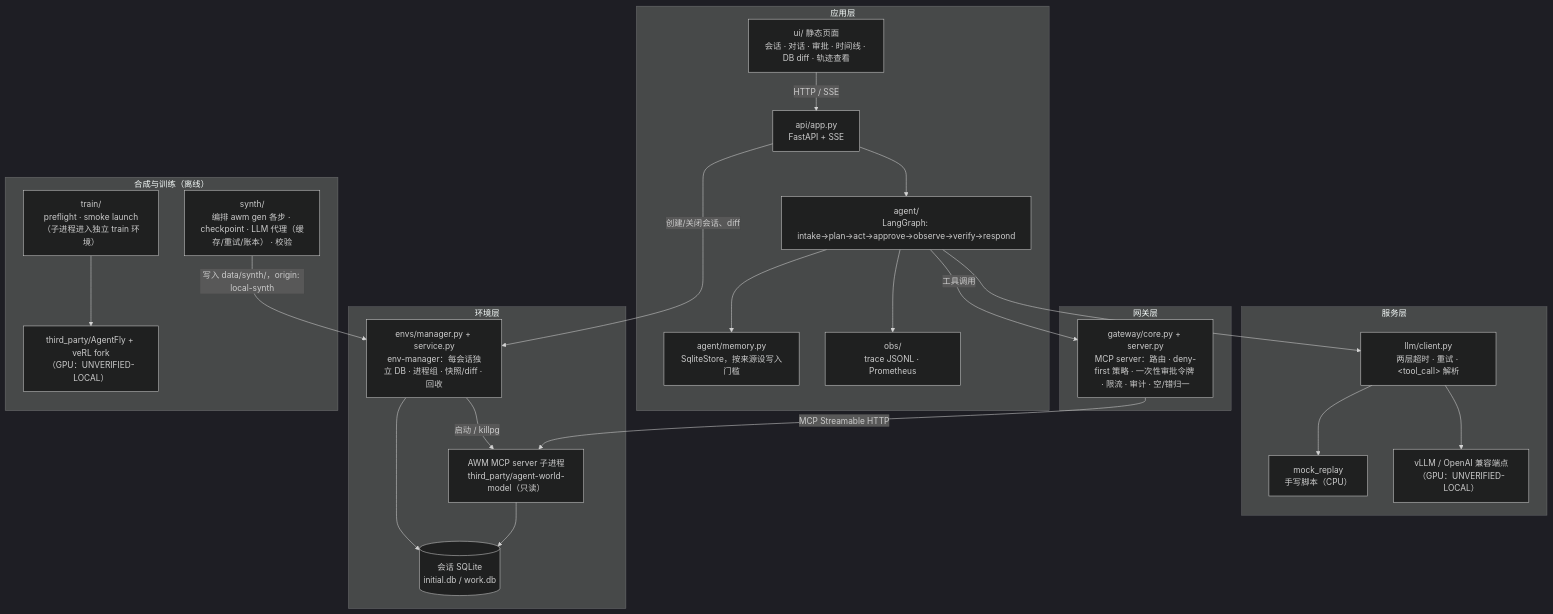
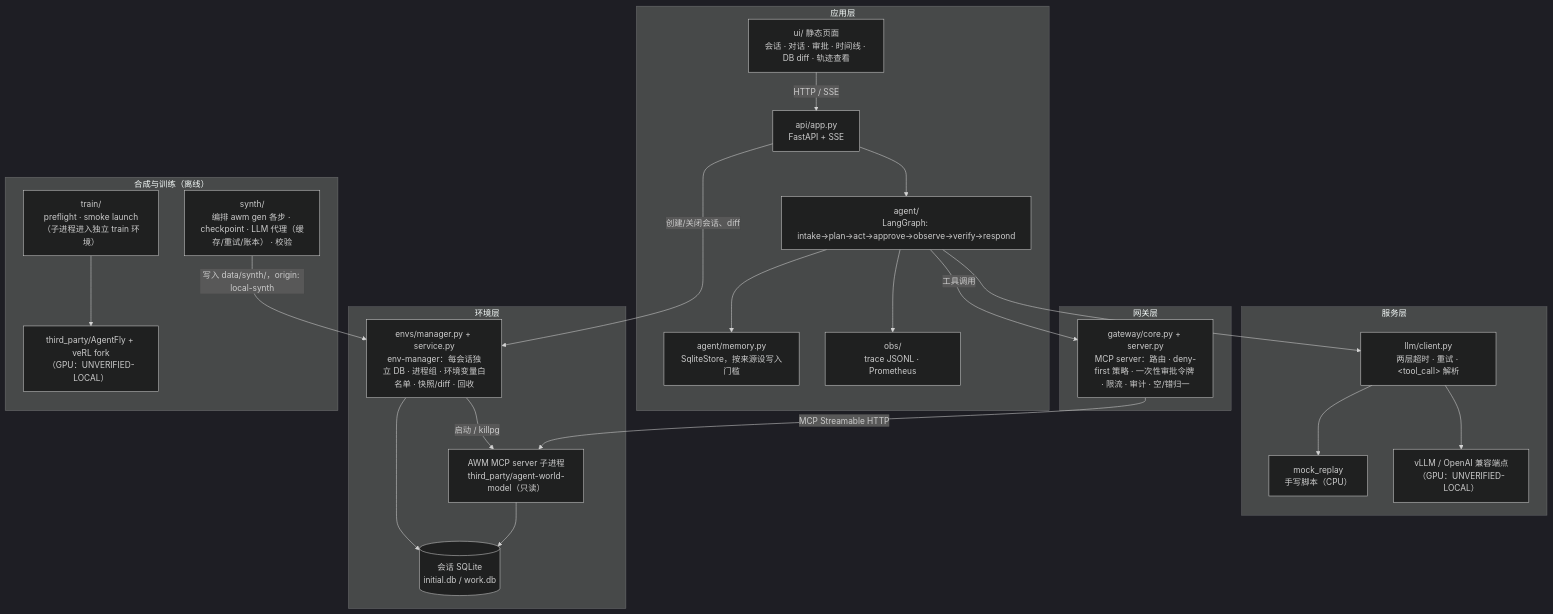
One commit to INF-NAN/BizAgent changed the first of 3 diagrams in docs/ARCHITECTURE.md. Above: the diagram before and after it, drawn with Mermaid (dark theme). The commit also changed 12 other files, not shown here.

First line of the commit message:
fix(envs): start code-executing subprocesses with an env allowlist

````diff
--- a/docs/ARCHITECTURE.md
+++ b/docs/ARCHITECTURE.md
@@ -7,42 +7,42 @@
 ```mermaid
 flowchart TB
   subgraph APP["应用层"]
     UI["ui/ 静态页面<br/>会话 · 对话 · 审批 · 时间线 · DB diff · 轨迹查看"]
     API["api/app.py<br/>FastAPI + SSE"]
     AGENT["agent/<br/>LangGraph: intake→plan→act→approve→observe→verify→respond"]
     MEM["agent/memory.py<br/>SqliteStore，按来源设写入门槛"]
     OBS["obs/<br/>trace JSONL · Prometheus"]
   end
   subgraph SERVE["服务层"]
     LLM["llm/client.py<br/>两层超时 · 重试 · &lt;tool_call&gt; 解析"]
     MOCK["mock_replay<br/>手写脚本（CPU）"]
     VLLM["vLLM / OpenAI 兼容端点<br/>（GPU：UNVERIFIED-LOCAL）"]
   end
   subgraph GW["网关层"]
     GATE["gateway/core.py + server.py<br/>MCP server：路由 · deny-first 策略 · 一次性审批令牌 · 限流 · 审计 · 空/错归一"]
   end
   subgraph ENV["环境层"]
-    MGR["envs/manager.py + service.py<br/>env-manager：每会话独立 DB · 进程组 · 快照/diff · 回收"]
+    MGR["envs/manager.py + service.py<br/>env-manager：每会话独立 DB · 进程组 · 环境变量白名单 · 快照/diff · 回收"]
     AWMSRV["AWM MCP server 子进程<br/>third_party/agent-world-model（只读）"]
     DB[("会话 SQLite<br/>initial.db / work.db")]
   end
   subgraph OFF["合成与训练（离线）"]
     SYN["synth/<br/>编排 awm gen 各步 · checkpoint · LLM 代理（缓存/重试/账本） · 校验"]
     TRAIN["train/<br/>preflight · smoke launch（子进程进入独立 train 环境）"]
     AF["third_party/AgentFly + veRL fork<br/>（GPU：UNVERIFIED-LOCAL）"]
   end
 
   UI -->|HTTP / SSE| API --> AGENT
   AGENT --> MEM
   AGENT --> OBS
   AGENT --> LLM
   LLM --> MOCK
   LLM --> VLLM
   AGENT -->|工具调用| GATE
   GATE -->|MCP Streamable HTTP| AWMSRV --> DB
   API -->|创建/关闭会话、diff| MGR
   MGR -->|启动 / killpg| AWMSRV
   MGR --> DB
   SYN -->|写入 data/synth/，origin: local-synth| MGR
   TRAIN --> AF
 ```
````
